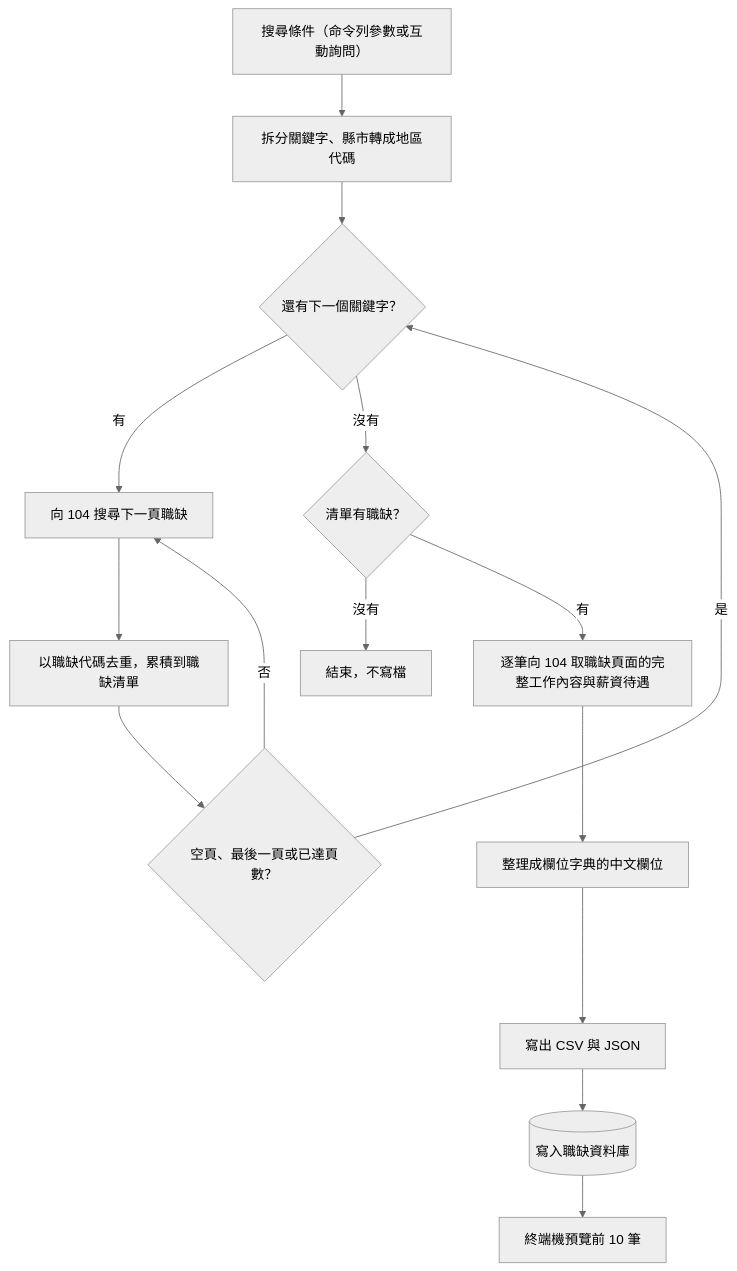
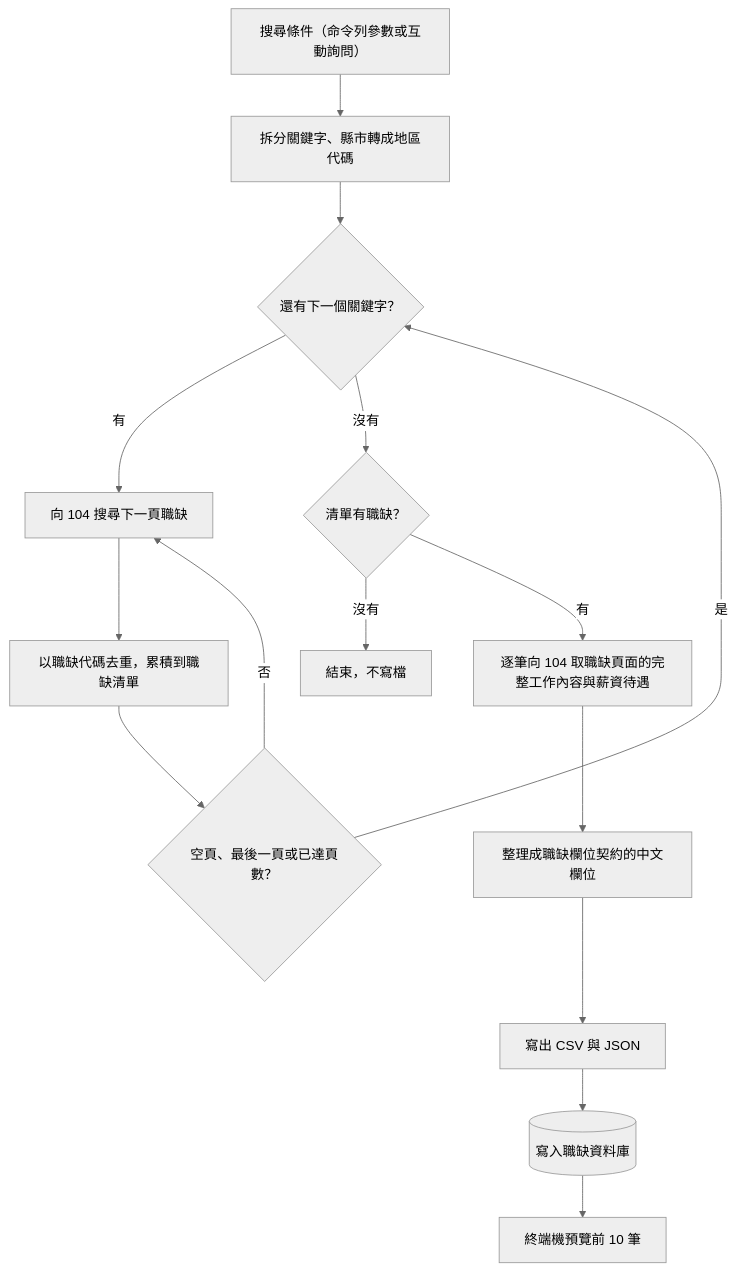
One commit to dlhdb/job-matching changed the diagram in docs/product/features/104-job-scraper.md. Above: the diagram before and after it, drawn with Mermaid (neutral theme). The commit also changed other lines of this file and 13 other files, not shown here.

````diff
--- a/docs/product/features/104-job-scraper.md
+++ b/docs/product/features/104-job-scraper.md
@@ -63,17 +66,17 @@
 ```mermaid
 flowchart TD
     I["搜尋條件（命令列參數或互動詢問）"] --> P[拆分關鍵字、縣市轉成地區代碼]
     P --> K{還有下一個關鍵字？}
     K -->|有| S[向 104 搜尋下一頁職缺]
     S --> D[以職缺代碼去重，累積到職缺清單]
     D --> L{"空頁、最後一頁或已達頁數？"}
     L -->|否| S
     L -->|是| K
     K -->|沒有| E{清單有職缺？}
     E -->|沒有| X[結束，不寫檔]
     E -->|有| T[逐筆向 104 取職缺頁面的完整工作內容與薪資待遇]
-    T --> F[整理成欄位字典的中文欄位]
+    T --> F[整理成職缺欄位契約的中文欄位]
     F --> O["寫出 CSV 與 JSON"]
     O --> DB[("寫入職缺資料庫")]
     DB --> V[終端機預覽前 10 筆]
 ```
````
